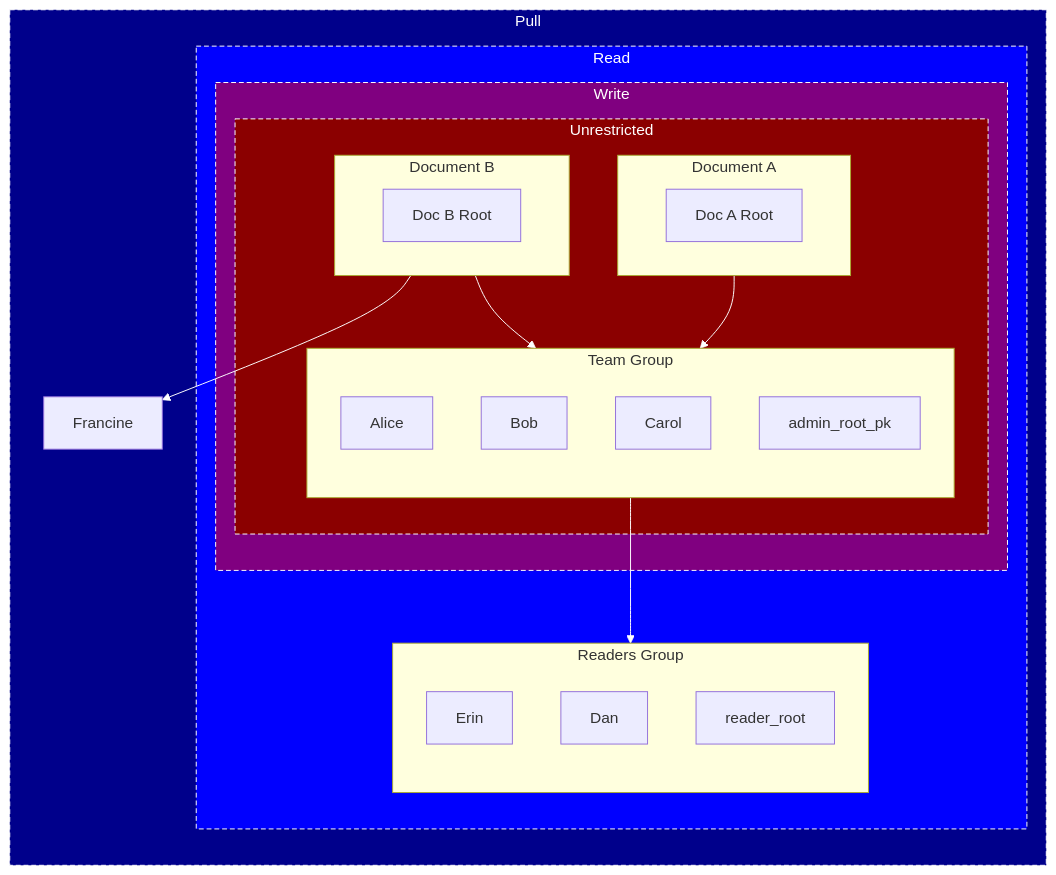
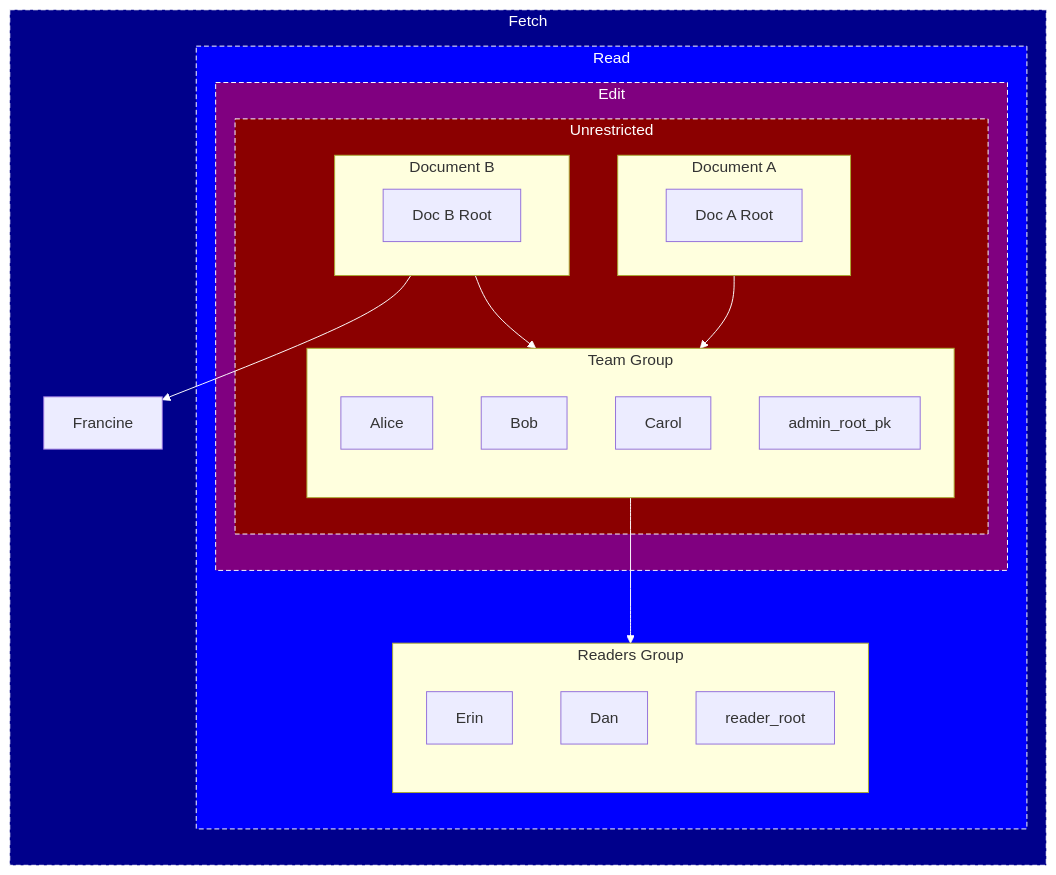
Before and after one commit to inkandswitch/keyhive: the eighth of 11 diagrams in design/group_membership.md, drawn with Mermaid. The commit also changed other lines of this file and 11 other files, not shown here.

Commit message:
Rename Pull -> Fetch, Write -> Edit

````diff
--- a/design/group_membership.md
+++ b/design/group_membership.md
@@ -293,51 +293,51 @@
 ```mermaid
 %%{ init: { 'themeVariables': { 'lineColor': '#FFF' } } }%%
 flowchart BT
-    subgraph pullers[Pull]
+    subgraph pullers[Fetch]
         Francine
 
         subgraph read_only[Read]
             subgraph readers[Readers Group]
                 direction TB
 
                 Erin
                 Dan
 
                 reader_root
             end
 
-            subgraph also_write[Write]
+            subgraph also_write[Edit]
                 subgraph also_change_membership[Unrestricted]
                     subgraph admins[Team Group]
                         direction TB
 
                         Alice
                         Bob
                         Carol
 
                         admin_root_pk
                     end
 
                     subgraph docA[Document A]
                         docA_root_pk[Doc A Root]
                     end
 
                     subgraph docB[Document B]
                         docB_root_pk[Doc B Root]
                     end
                 end
             end
         end
     end
 
     docA --> admins
     docB --> admins
 
     docB --> Francine
     admins --> readers
 
     style pullers color:white,fill:darkblue,stroke:#FFF,stroke-width:1px,stroke-dasharray: 5 3;
     style read_only color:white,fill:blue,stroke:#FFF,stroke-width:1px,stroke-dasharray: 5 3;
     style also_write color:white,fill:purple,stroke:#FFF,stroke-width:1px,stroke-dasharray: 5 3;
     style also_change_membership color:white,fill:darkred,stroke:#FFF,stroke-width:1px,stroke-dasharray: 5 3;
 ```
````
